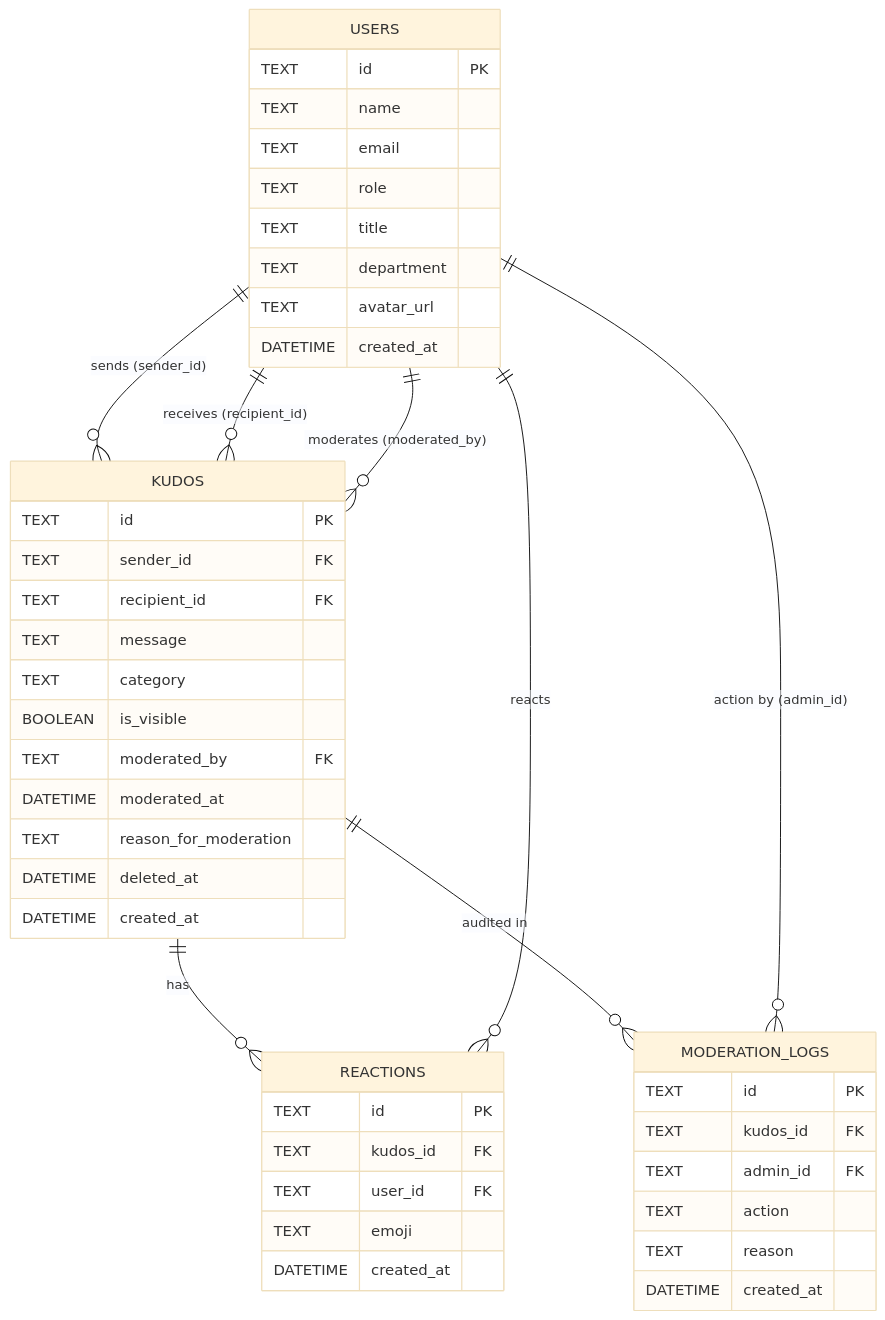
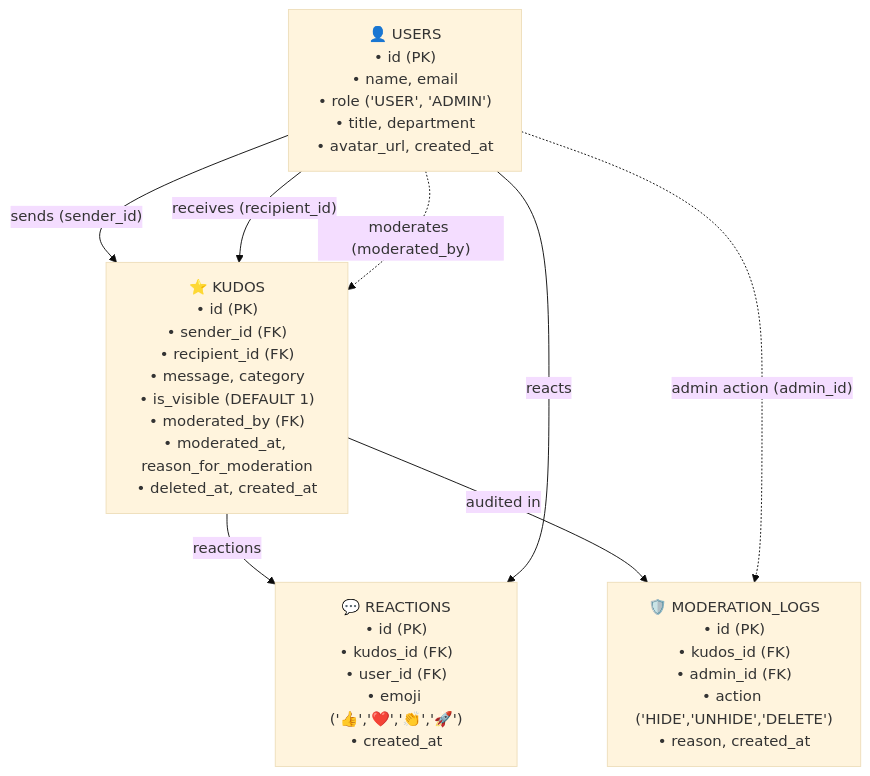
One commit to ArunKanth07/datacom-kudos-portal changed the diagram in SPECIFICATION.md. Above: the diagram before and after it, drawn with Mermaid (base theme). The commit also changed 1 other file, not shown here.

Commit message:
docs: use flowchart TD for schema diagram for 100% GitHub mermaid compatibility

````diff
--- a/SPECIFICATION.md
+++ b/SPECIFICATION.md
@@ -115,52 +115,15 @@
 ```mermaid
-erDiagram
-    USERS ||--o{ KUDOS : "sends (sender_id)"
-    USERS ||--o{ KUDOS : "receives (recipient_id)"
-    USERS ||--o{ KUDOS : "moderates (moderated_by)"
-    KUDOS ||--o{ REACTIONS : "has"
-    USERS ||--o{ REACTIONS : "reacts"
-    KUDOS ||--o{ MODERATION_LOGS : "audited in"
-    USERS ||--o{ MODERATION_LOGS : "action by (admin_id)"
+flowchart TD
+    USERS["👤 USERS<br/>• id (PK)<br/>• name, email<br/>• role ('USER', 'ADMIN')<br/>• title, department<br/>• avatar_url, created_at"]
+    KUDOS["⭐ KUDOS<br/>• id (PK)<br/>• sender_id (FK)<br/>• recipient_id (FK)<br/>• message, category<br/>• is_visible (DEFAULT 1)<br/>• moderated_by (FK)<br/>• moderated_at, reason_for_moderation<br/>• deleted_at, created_at"]
+    REACTIONS["💬 REACTIONS<br/>• id (PK)<br/>• kudos_id (FK)<br/>• user_id (FK)<br/>• emoji ('👍','❤️','👏','🚀')<br/>• created_at"]
+    MOD_LOGS["🛡️ MODERATION_LOGS<br/>• id (PK)<br/>• kudos_id (FK)<br/>• admin_id (FK)<br/>• action ('HIDE','UNHIDE','DELETE')<br/>• reason, created_at"]
 
-    USERS {
-        TEXT id PK
-        TEXT name
-        TEXT email
-        TEXT role
-        TEXT title
-        TEXT department
-        TEXT avatar_url
-        DATETIME created_at
-    }
-
-    KUDOS {
-        TEXT id PK
-        TEXT sender_id FK
-        TEXT recipient_id FK
-        TEXT message
-        TEXT category
-        BOOLEAN is_visible
-        TEXT moderated_by FK
-        DATETIME moderated_at
-        TEXT reason_for_moderation
-        DATETIME deleted_at
-        DATETIME created_at
-    }
-
-    REACTIONS {
-        TEXT id PK
-        TEXT kudos_id FK
-        TEXT user_id FK
-        TEXT emoji
-        DATETIME created_at
-    }
-
-    MODERATION_LOGS {
-        TEXT id PK
-        TEXT kudos_id FK
-        TEXT admin_id FK
-        TEXT action
-        TEXT reason
-        DATETIME created_at
-    }
+    USERS -->|"sends (sender_id)"| KUDOS
+    USERS -->|"receives (recipient_id)"| KUDOS
+    USERS -.->|"moderates (moderated_by)"| KUDOS
+    KUDOS -->|"reactions"| REACTIONS
+    USERS -->|"reacts"| REACTIONS
+    KUDOS -->|"audited in"| MOD_LOGS
+    USERS -.->|"admin action (admin_id)"| MOD_LOGS
 ```
````
